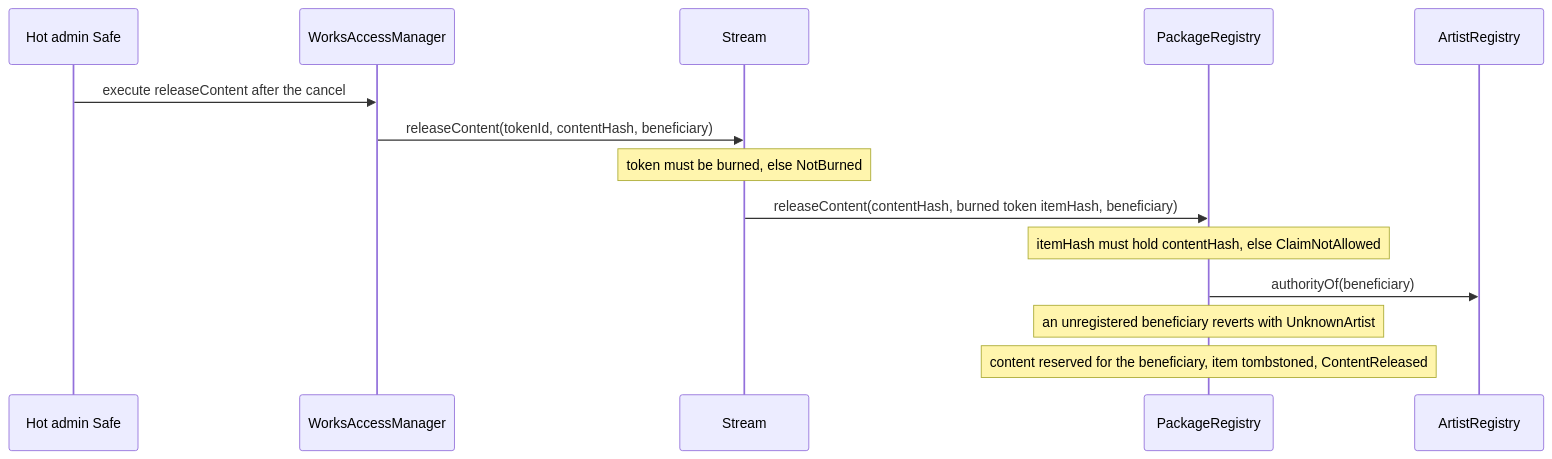
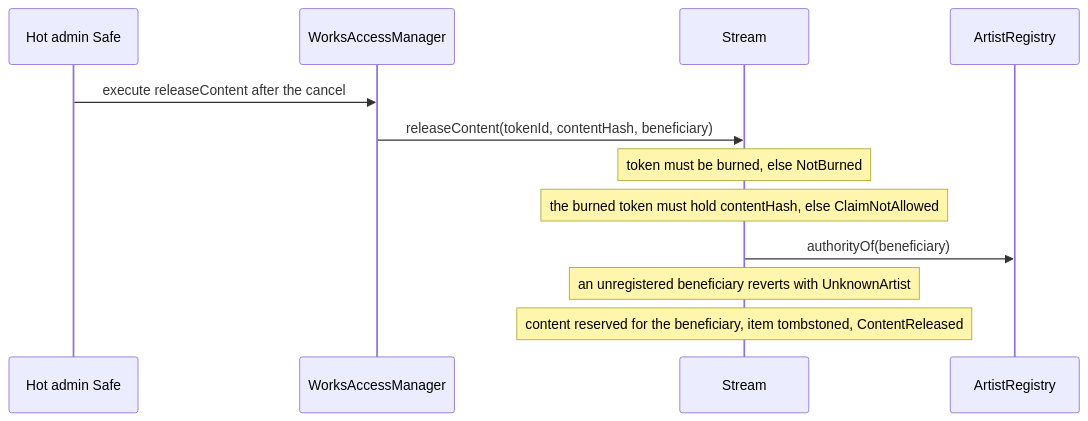
Before and after one commit to 6529-Collections/6529-works: the fifth of 9 diagrams in docs/spec/disputes-and-statements.md, drawn with Mermaid. The commit also changed other lines of this file and 369 other files, not shown here.

````diff
--- a/docs/spec/disputes-and-statements.md
+++ b/docs/spec/disputes-and-statements.md
@@ -302,16 +302,14 @@
 ```mermaid
 sequenceDiagram
     participant S as Hot admin Safe
     participant M as WorksAccessManager
     participant T as Stream
-    participant R as PackageRegistry
     participant AR as ArtistRegistry
     S->>M: execute releaseContent after the cancel
     M->>T: releaseContent(tokenId, contentHash, beneficiary)
     Note over T: token must be burned, else NotBurned
-    T->>R: releaseContent(contentHash, burned token itemHash, beneficiary)
-    Note over R: itemHash must hold contentHash, else ClaimNotAllowed
-    R->>AR: authorityOf(beneficiary)
-    Note over R: an unregistered beneficiary reverts with UnknownArtist
-    Note over R: content reserved for the beneficiary, item tombstoned, ContentReleased
+    Note over T: the burned token must hold contentHash, else ClaimNotAllowed
+    T->>AR: authorityOf(beneficiary)
+    Note over T: an unregistered beneficiary reverts with UnknownArtist
+    Note over T: content reserved for the beneficiary, item tombstoned, ContentReleased
 ```
````
